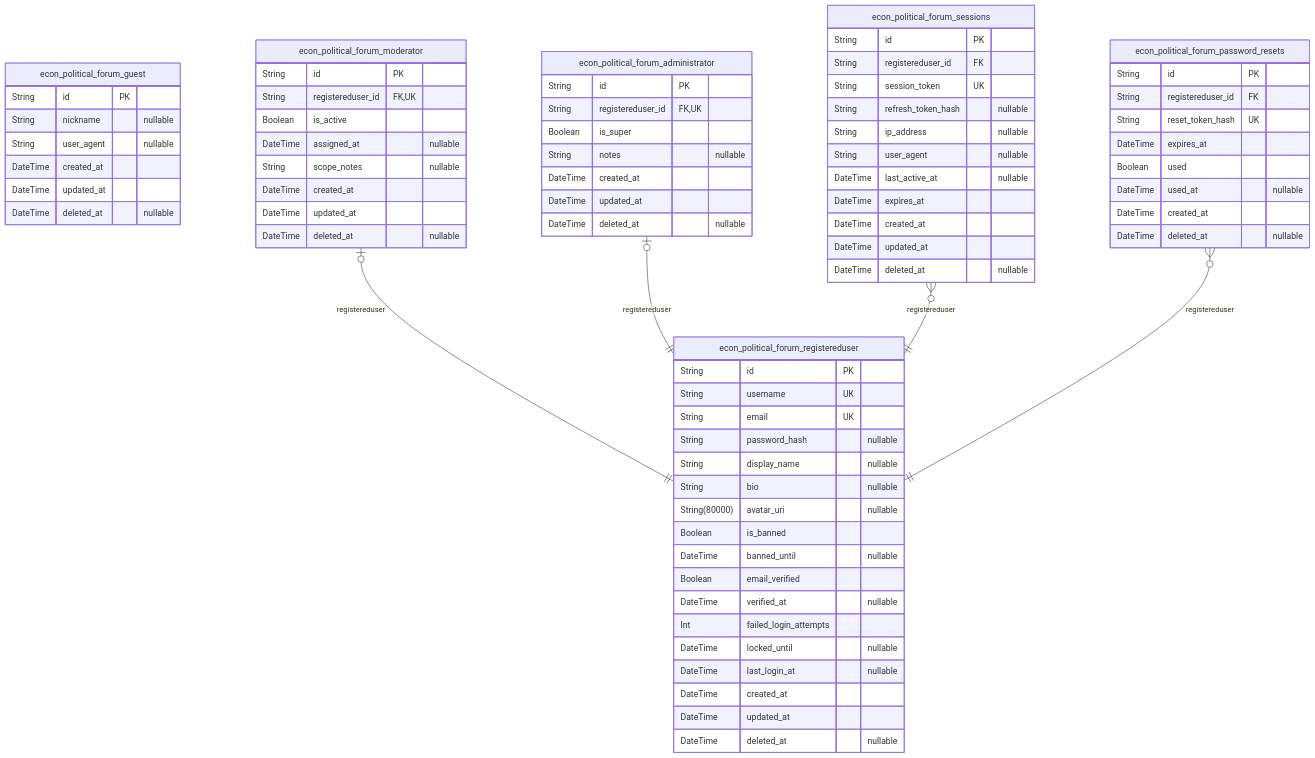
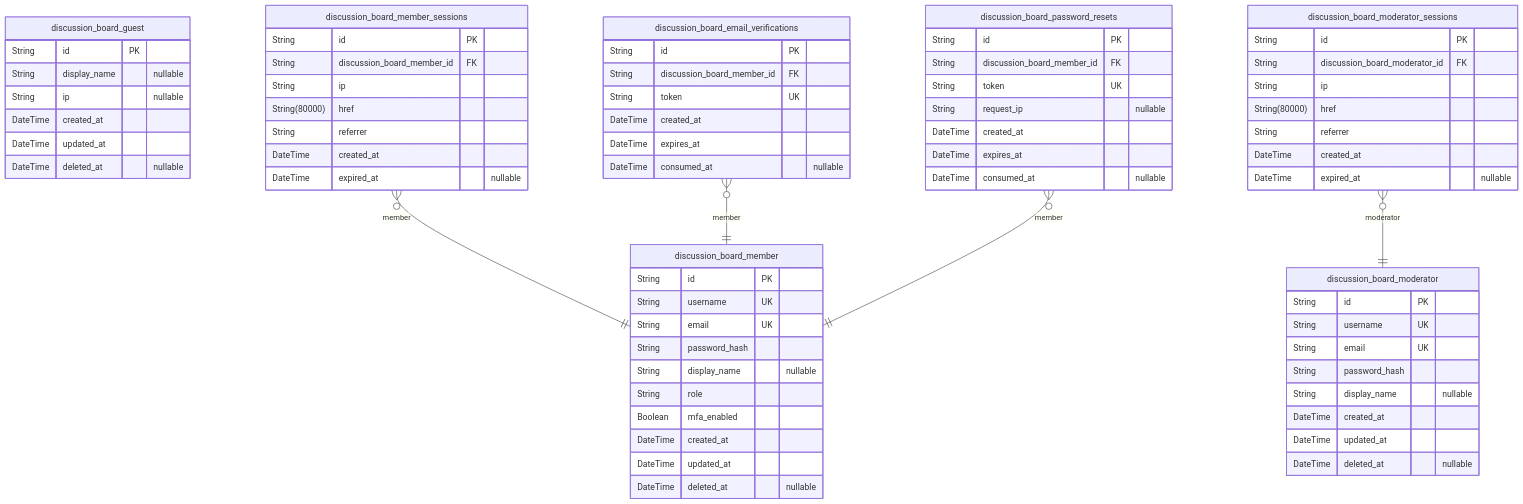
One commit to wrtnlabs/autobe-examples changed the second of 7 diagrams in openai/gpt-5-mini/bbs/docs/ERD.md. Above: the diagram before and after it, drawn with Mermaid. The commit also changed other lines of this file and 16146 other files, not shown here.

````diff
--- a/openai/gpt-5-mini/bbs/docs/ERD.md
+++ b/openai/gpt-5-mini/bbs/docs/ERD.md
@@ -136,76 +161,72 @@
 ```mermaid
 erDiagram
-"econ_political_forum_guest" {
+"discussion_board_guest" {
   String id PK
-  String nickname "nullable"
-  String user_agent "nullable"
+  String display_name "nullable"
+  String ip "nullable"
   DateTime created_at
   DateTime updated_at
   DateTime deleted_at "nullable"
 }
-"econ_political_forum_registereduser" {
+"discussion_board_member" {
   String id PK
   String username UK
   String email UK
-  String password_hash "nullable"
+  String password_hash
   String display_name "nullable"
-  String bio "nullable"
-  String(80000) avatar_uri "nullable"
-  Boolean is_banned
-  DateTime banned_until "nullable"
-  Boolean email_verified
-  DateTime verified_at "nullable"
-  Int failed_login_attempts
-  DateTime locked_until "nullable"
-  DateTime last_login_at "nullable"
+  String role
+  Boolean mfa_enabled
   DateTime created_at
   DateTime updated_at
   DateTime deleted_at "nullable"
 }
-"econ_political_forum_moderator" {
+"discussion_board_moderator" {
   String id PK
-  String registereduser_id FK,UK
-  Boolean is_active
-  DateTime assigned_at "nullable"
-  String scope_notes "nullable"
+  String username UK
+  String email UK
+  String password_hash
+  String display_name "nullable"
   DateTime created_at
   DateTime updated_at
   DateTime deleted_at "nullable"
 }
-"econ_political_forum_administrator" {
+"discussion_board_member_sessions" {
   String id PK
-  String registereduser_id FK,UK
-  Boolean is_super
-  String notes "nullable"
+  String discussion_board_member_id FK
+  String ip
+  String(80000) href
+  String referrer
   DateTime created_at
-  DateTime updated_at
-  DateTime deleted_at "nullable"
+  DateTime expired_at "nullable"
 }
-"econ_political_forum_sessions" {
+"discussion_board_moderator_sessions" {
   String id PK
-  String registereduser_id FK
-  String session_token UK
-  String refresh_token_hash "nullable"
-  String ip_address "nullable"
-  String user_agent "nullable"
-  DateTime last_active_at "nullable"
+  String discussion_board_moderator_id FK
+  String ip
+  String(80000) href
+  String referrer
+  DateTime created_at
+  DateTime expired_at "nullable"
+}
+"discussion_board_email_verifications" {
+  String id PK
+  String discussion_board_member_id FK
+  String token UK
+  DateTime created_at
   DateTime expires_at
+  DateTime consumed_at "nullable"
+}
+"discussion_board_password_resets" {
+  String id PK
+  String discussion_board_member_id FK
+  String token UK
+  String request_ip "nullable"
   DateTime created_at
-  DateTime updated_at
-  DateTime deleted_at "nullable"
+  DateTime expires_at
+  DateTime consumed_at "nullable"
 }
-"econ_political_forum_password_resets" {
-  String id PK
-  String registereduser_id FK
-  String reset_token_hash UK
-  DateTime expires_at
-  Boolean used
-  DateTime used_at "nullable"
-  DateTime created_at
-  DateTime deleted_at "nullable"
-}
-"econ_political_forum_moderator" |o--|| "econ_political_forum_registereduser" : registereduser
-"econ_political_forum_administrator" |o--|| "econ_political_forum_registereduser" : registereduser
-"econ_political_forum_sessions" }o--|| "econ_political_forum_registereduser" : registereduser
-"econ_political_forum_password_resets" }o--|| "econ_political_forum_registereduser" : registereduser
+"discussion_board_member_sessions" }o--|| "discussion_board_member" : member
+"discussion_board_moderator_sessions" }o--|| "discussion_board_moderator" : moderator
+"discussion_board_email_verifications" }o--|| "discussion_board_member" : member
+"discussion_board_password_resets" }o--|| "discussion_board_member" : member
 ```
````
